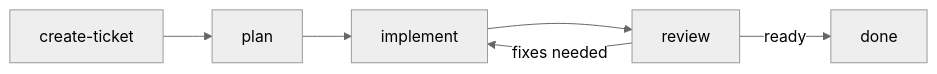
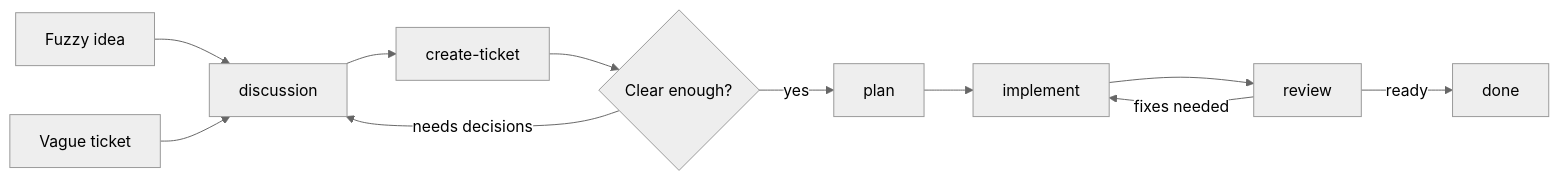
One commit to dcouple/skills changed the first of 2 diagrams in README.md. Above: the diagram before and after it, drawn with Mermaid (neutral theme). The commit also changed other lines of this file, not shown here.

````diff
--- a/README.md
+++ b/README.md
@@ -69,8 +93,13 @@
 ```mermaid
 flowchart LR
-  T[create-ticket] --> P[plan]
-  P --> I[implement]
+  F[Fuzzy idea] --> D[discussion]
+  D --> T[create-ticket]
+  V[Vague ticket] --> D
+  T --> P{Clear enough?}
+  P -->|needs decisions| D
+  P -->|yes| Plan[plan]
+  Plan --> I[implement]
   I --> R[review]
   R -->|fixes needed| I
   R -->|ready| Done[done]
 ```
````
